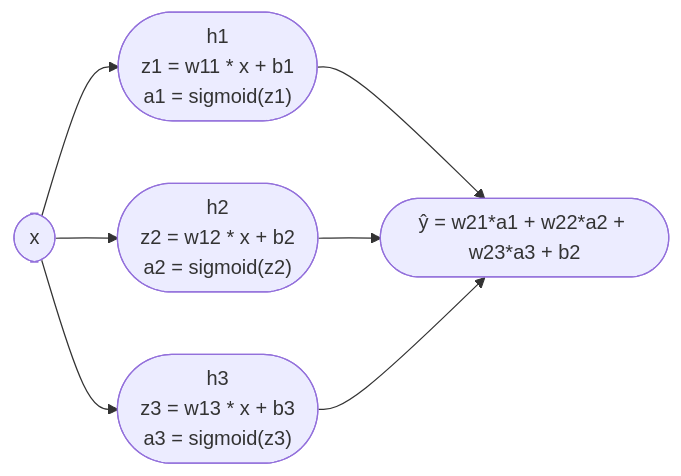
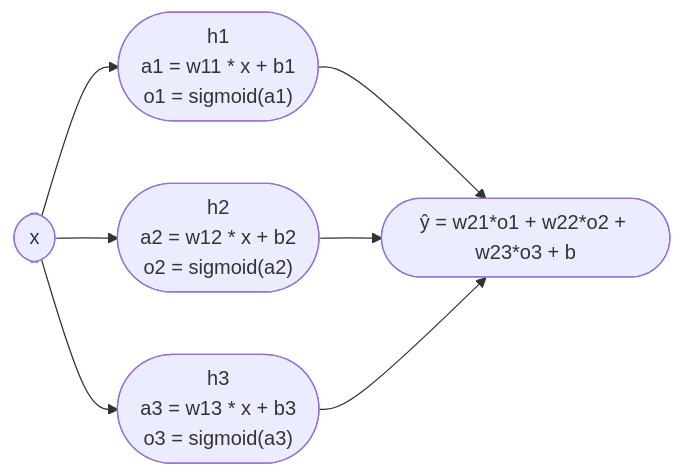
The second of 3 diagrams in machine_learning/network_pictures.md (RobinChen121/CppOR), drawn with Mermaid before and after one commit. The commit also changed other lines of this file, not shown here.

````diff
--- a/machine_learning/network_pictures.md
+++ b/machine_learning/network_pictures.md
@@ -33,14 +33,14 @@
 ```mermaid
 graph LR
     X(["x"])
-    H1(["h1<br>z1 = w11 * x + b1<br>a1 = sigmoid(z1)"])
-    H2(["h2<br>z2 = w12 * x + b2<br>a2 = sigmoid(z2)"])
-    H3(["h3<br>z3 = w13 * x + b3<br>a3 = sigmoid(z3)"])
-    Y(["ŷ = w21*a1 + w22*a2 + w23*a3 + b2"])
+    H1(["h1<br>a1 = w11 * x + b1<br>o1 = sigmoid(a1)"])
+    H2(["h2<br>a2 = w12 * x + b2<br>o2 = sigmoid(a2)"])
+    H3(["h3<br>a3 = w13 * x + b3<br>o3 = sigmoid(a3)"])
+    Y(["ŷ = w21*o1 + w22*o2 + w23*o3 + b"])
     X --> H1
     X --> H2
     X --> H3
     H1 --> Y
     H2 --> Y
     H3 --> Y
 ```
````
